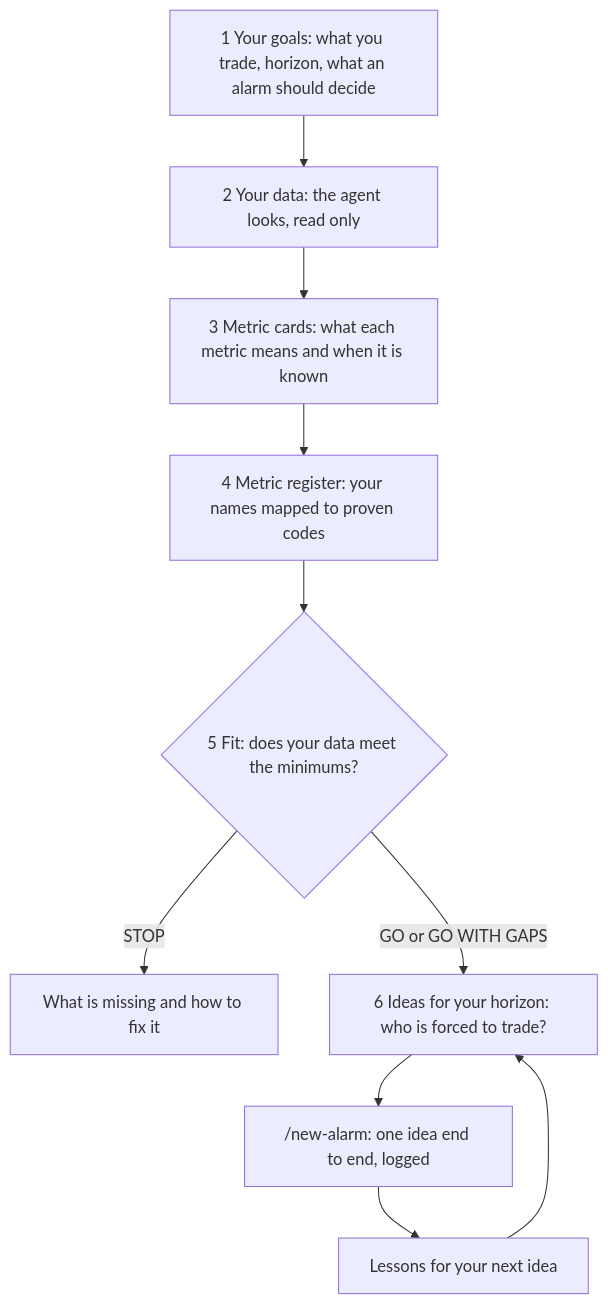
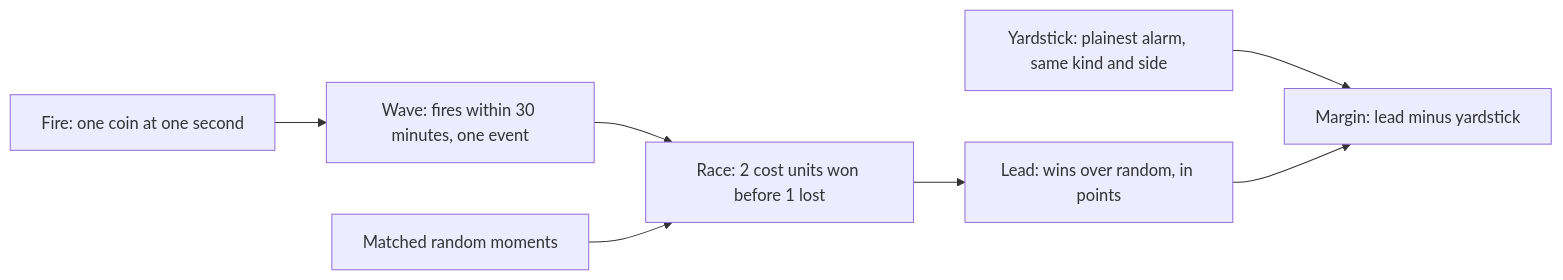
One commit to BorjaTR/Agentic-Trading-Desk changed diagram 20 of 20 in README.md. Above: the diagram before and after it, drawn with Mermaid. The commit also changed other lines of this file and 20 other files, not shown here.

````diff
--- a/README.md
+++ b/README.md
@@ -209,12 +660,9 @@
 ```mermaid
-flowchart TD
-  G["1 Your goals: what you trade, horizon, what an alarm should decide"] --> D["2 Your data: the agent looks, read only"]
-  D --> C["3 Metric cards: what each metric means and when it is known"]
-  C --> R["4 Metric register: your names mapped to proven codes"]
-  R --> FIT{"5 Fit: does your data meet the minimums?"}
-  FIT -->|"STOP"| GAP["What is missing and how to fix it"]
-  FIT -->|"GO or GO WITH GAPS"| IDEA["6 Ideas for your horizon: who is forced to trade?"]
-  IDEA --> RUN["/new-alarm: one idea end to end, logged"]
-  RUN --> LEARN["Lessons for your next idea"]
-  LEARN --> IDEA
+flowchart LR
+  F["Fire: one coin at one second"] --> W["Wave: fires within 30 minutes, one event"]
+  W --> R["Race: 2 cost units won before 1 lost"]
+  X["Matched random moments"] --> R
+  R --> L["Lead: wins over random, in points"]
+  Y["Yardstick: plainest alarm, same kind and side"] --> M["Margin: lead minus yardstick"]
+  L --> M
 ```
````
